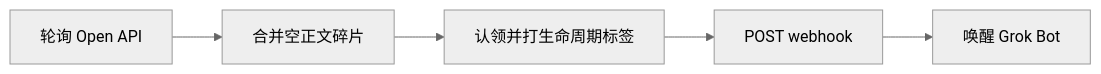
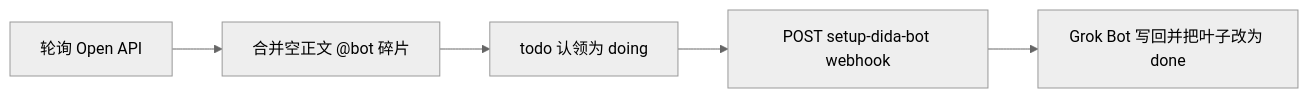
The diagram in README.md (dulk-dev/setup-dida-bot), drawn with Mermaid (neutral theme) before and after one commit. The commit also changed other lines of this file and 13 other files, not shown here.

````diff
--- a/README.md
+++ b/README.md
@@ -17,7 +17,7 @@
 ```mermaid
 flowchart LR
-  poll["轮询 Open API"] --> merge["合并空正文碎片"]
-  merge --> claim["认领并打生命周期标签"]
-  claim --> hook["POST webhook"]
-  hook --> bot["唤醒 Grok Bot"]
+  poll["轮询 Open API"] --> merge["合并空正文 @bot 碎片"]
+  merge --> claim["todo 认领为 doing"]
+  claim --> hook["POST setup-dida-bot webhook"]
+  hook --> bot["Grok Bot 写回并把叶子改为 done"]
 ```
````
